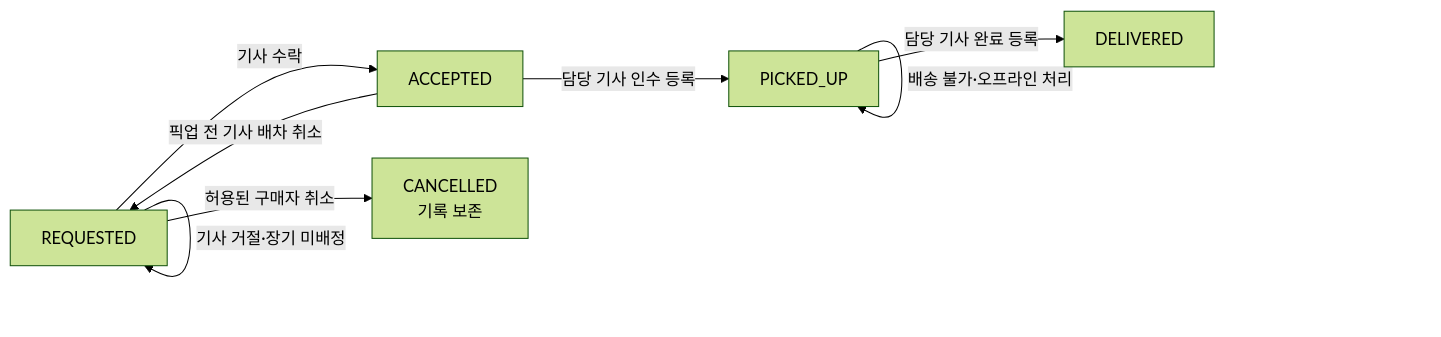
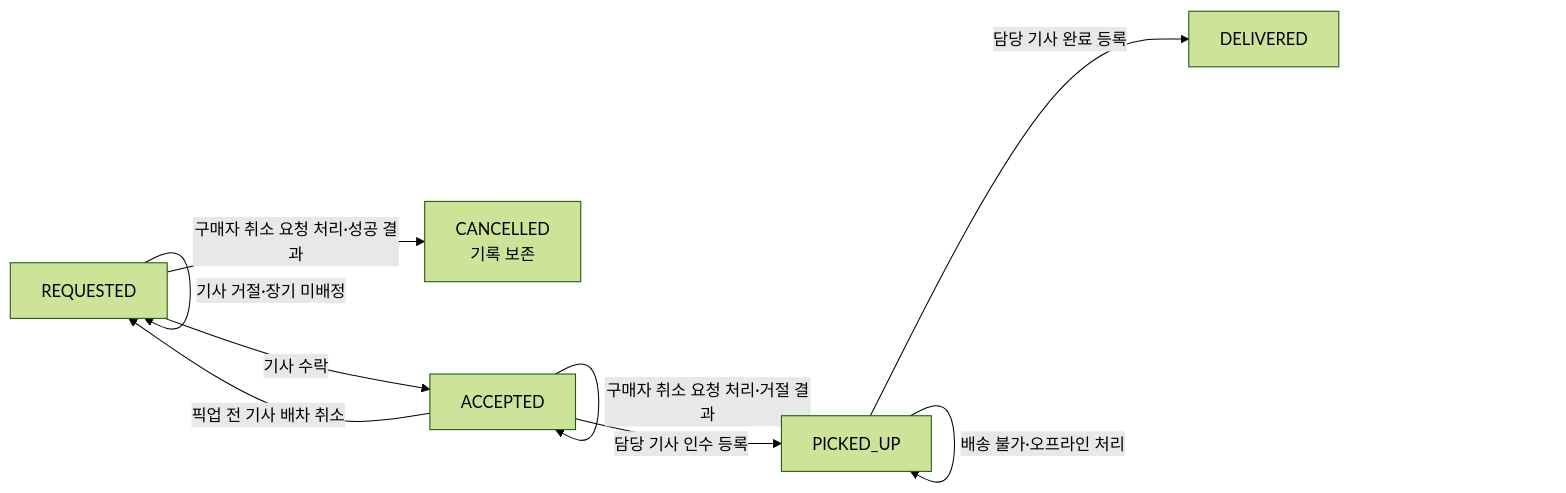
One commit to woowacourse-teams/2026-setty changed the second of 2 diagrams in docs/policy/delivery.md. Above: the diagram before and after it, drawn with Mermaid (forest theme). The commit also changed other lines of this file and 4 other files, not shown here.

````diff
--- a/docs/policy/delivery.md
+++ b/docs/policy/delivery.md
@@ -30,10 +33,11 @@
 ```mermaid
 flowchart LR
     R["REQUESTED"] -->|"기사 수락"| A["ACCEPTED"]
     R -->|"기사 거절·장기 미배정"| R
-    R -->|"허용된 구매자 취소"| C["CANCELLED<br/>기록 보존"]
+    R -->|"구매자 취소 요청 처리·성공 결과"| C["CANCELLED<br/>기록 보존"]
     A -->|"픽업 전 기사 배차 취소"| R
+    A -->|"구매자 취소 요청 처리·거절 결과"| A
     A -->|"담당 기사 인수 등록"| P["PICKED_UP"]
     P -->|"담당 기사 완료 등록"| D["DELIVERED"]
     P -->|"배송 불가·오프라인 처리"| P
 ```
````
